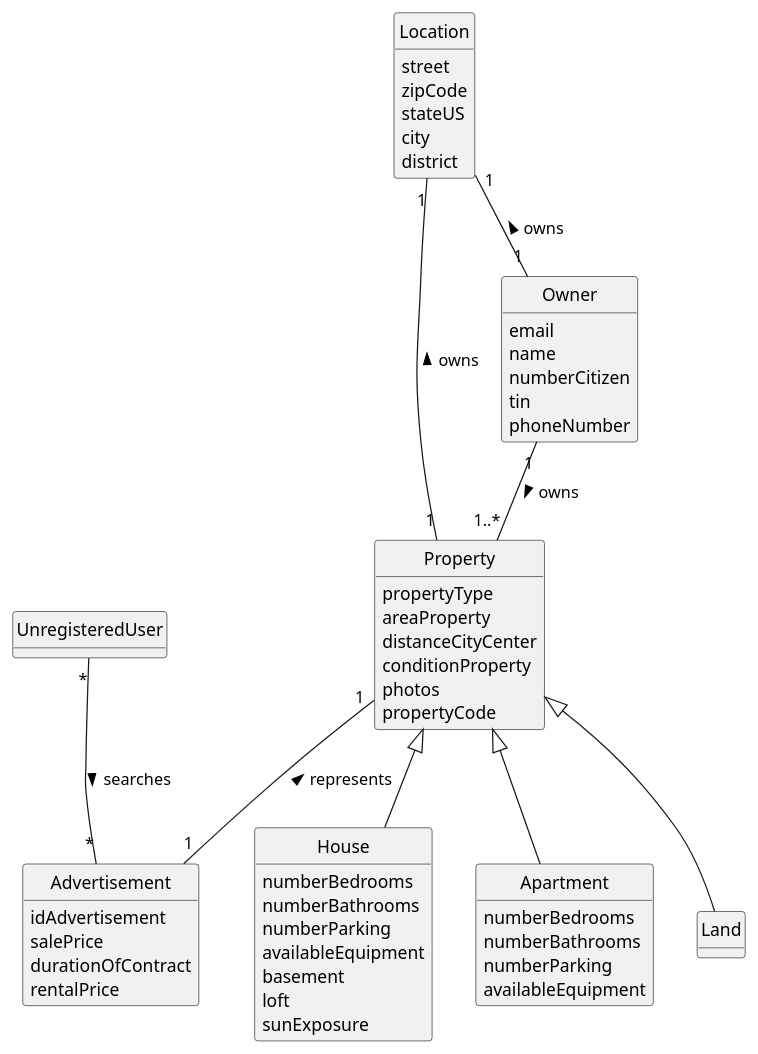
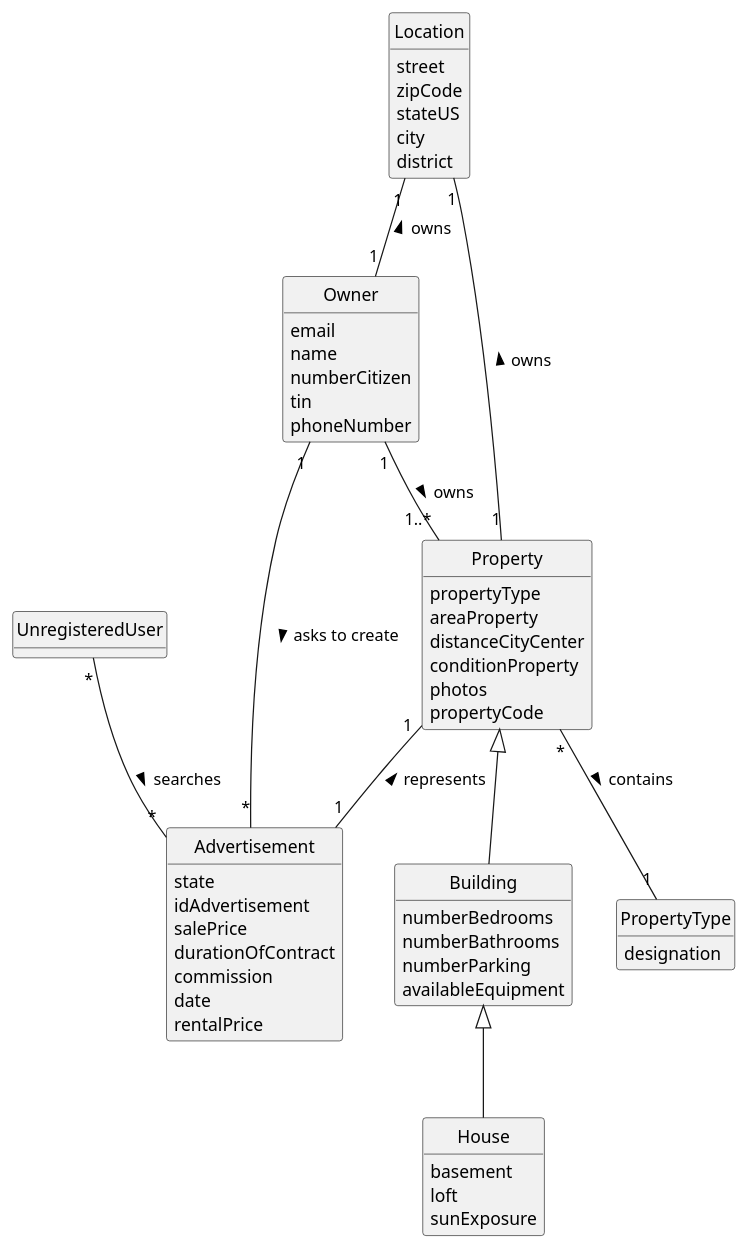
Before and after one commit to PEDROMOREIRA45/lei-23-s2-1dg-g31: the diagram in docs/sprintA/us001/02.analysis/puml/us001-domain-model.puml, drawn with PlantUML.

Commit message:
us001 domain model changes

```diff
--- a/docs/sprintA/us001/02.analysis/puml/us001-domain-model.puml
+++ b/docs/sprintA/us001/02.analysis/puml/us001-domain-model.puml
@@ -1,79 +1,80 @@
 @startuml
 skinparam monochrome true
 skinparam packageStyle rectangle
 skinparam shadowing false
 
 'left to right direction
 
 skinparam classAttributeIconSize 0
 
 hide circle
 hide methods
 
+class PropertyType{
+    designation
+}
 
 class Property{
     propertyType
     areaProperty
     distanceCityCenter
     conditionProperty
     photos
     propertyCode
 }
 
 class UnregisteredUser
 
 class Owner {
     email
     name
     numberCitizen
     tin
     phoneNumber
 }
 
 
 class House {
-    numberBedrooms
-    numberBathrooms
-    numberParking
-    availableEquipment
     basement
     loft
     sunExposure
 }
 
-class Apartment{
+class Building{
     numberBedrooms
     numberBathrooms
     numberParking
     availableEquipment
 }
 
-class Land
-
 class Advertisement {
+    state
     idAdvertisement
     salePrice
     durationOfContract
+    commission
+    date
     rentalPrice
 }
 
 class Location{
     street
     zipCode
     stateUS
     city
     district
 }
 
 
 
 UnregisteredUser "*" -- "*" Advertisement: searches >
 Owner "1"--"1..*" Property: owns >
-Property  <|-- Land
-Property <|-- Apartment
-Property <|-- House
+Property <|-- Building
+Property "*" -- "1" PropertyType: contains >
+Building <|-- House
 Property "1" -- "1" Advertisement: represents <
 Location "1" -- "1" Property: owns <
 Location "1" -- "1" Owner: owns <
+Owner "1" -- "*" Advertisement: asks to create >
 
 @enduml
```
